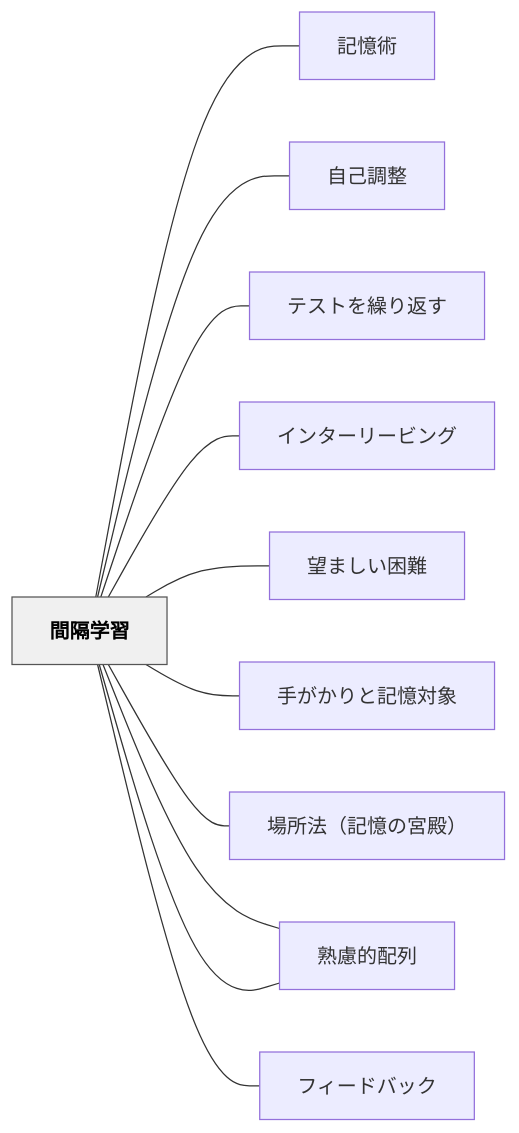
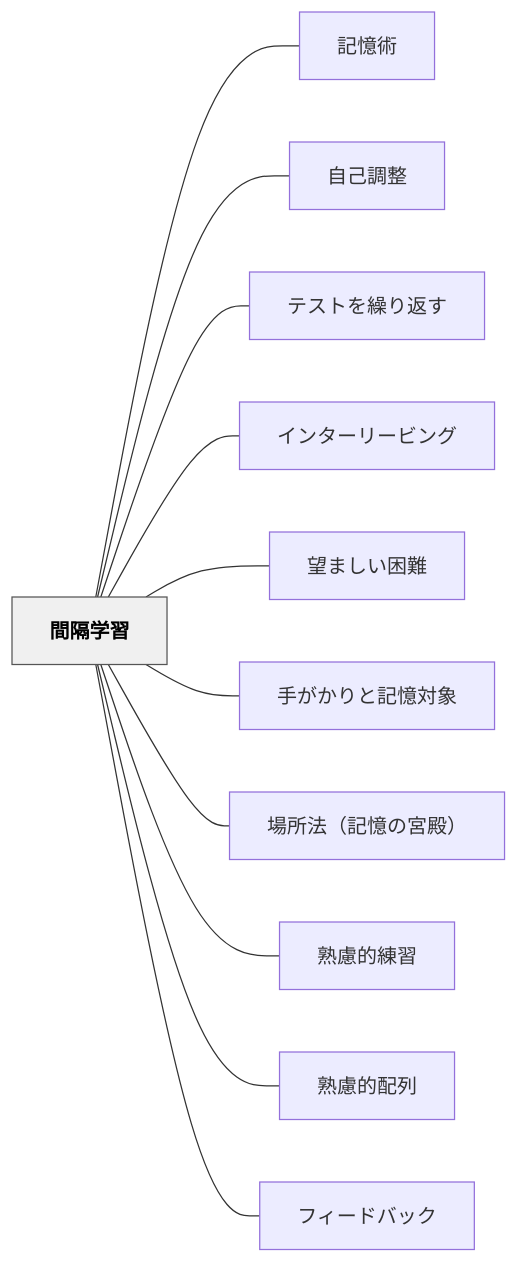
Before and after one commit to unknownthings-ed-patterns/unknownthings-ed-patterns: the diagram in content/パタン/間隔学習.md, drawn with Mermaid. The commit also changed 527 other files, not shown here.

````diff
--- a/content/パタン/間隔学習.md
+++ b/content/パタン/間隔学習.md
@@ -146,28 +146,28 @@
 ```mermaid
 flowchart LR
-    ne99693e99a94["間隔学習"]
-    ne8a898e686b6["記憶術"]
-    ne887aae5b7b1["自己調整"]
-    ne38386e382b9["テストを繰り返す"]
-    ne382a4e383b3["インターリービング"]
-    ne69c9be381be["望ましい困難"]
-    ne6898be3818c["手がかりと記憶対象"]
-    ne5a0b4e68980["場所法（記憶の宮殿）"]
-    ne7869fe685ae["熟慮的練習"]
-    ne7869fe685ae["熟慮的配列"]
-    ne38395e382a3["フィードバック"]
+    ne99693e99a94e5ada6e7bf92["間隔学習"]
+    ne8a898e686b6e8a193["記憶術"]
+    ne887aae5b7b1e8aabfe695b4["自己調整"]
+    ne38386e382b9e38388e38292e7b9b0e3828ae8bf94e38199["テストを繰り返す"]
+    ne382a4e383b3e382bfe383bce383aae383bce38393e383b3e382b0["インターリービング"]
+    ne69c9be381bee38197e38184e59bb0e99ba3["望ましい困難"]
+    ne6898be3818ce3818be3828ae381a8e8a898e686b6e5afbee8b1a1["手がかりと記憶対象"]
+    ne5a0b4e68980e6b395efbc88e8a898e686b6e381aee5aeaee6aebfefbc89["場所法（記憶の宮殿）"]
+    ne7869fe685aee79a84e7b7b4e7bf92["熟慮的練習"]
+    ne7869fe685aee79a84e9858de58897["熟慮的配列"]
+    ne38395e382a3e383bce38389e38390e38383e382af["フィードバック"]
 
-    ne99693e99a94 --- ne8a898e686b6
-    ne99693e99a94 --- ne887aae5b7b1
-    ne99693e99a94 --- ne38386e382b9
-    ne99693e99a94 --- ne382a4e383b3
-    ne99693e99a94 --- ne69c9be381be
-    ne99693e99a94 --- ne6898be3818c
-    ne99693e99a94 --- ne5a0b4e68980
-    ne99693e99a94 --- ne7869fe685ae
-    ne99693e99a94 --- ne7869fe685ae
-    ne99693e99a94 --- ne38395e382a3
+    ne99693e99a94e5ada6e7bf92 --- ne8a898e686b6e8a193
+    ne99693e99a94e5ada6e7bf92 --- ne887aae5b7b1e8aabfe695b4
+    ne99693e99a94e5ada6e7bf92 --- ne38386e382b9e38388e38292e7b9b0e3828ae8bf94e38199
+    ne99693e99a94e5ada6e7bf92 --- ne382a4e383b3e382bfe383bce383aae383bce38393e383b3e382b0
+    ne99693e99a94e5ada6e7bf92 --- ne69c9be381bee38197e38184e59bb0e99ba3
+    ne99693e99a94e5ada6e7bf92 --- ne6898be3818ce3818be3828ae381a8e8a898e686b6e5afbee8b1a1
+    ne99693e99a94e5ada6e7bf92 --- ne5a0b4e68980e6b395efbc88e8a898e686b6e381aee5aeaee6aebfefbc89
+    ne99693e99a94e5ada6e7bf92 --- ne7869fe685aee79a84e7b7b4e7bf92
+    ne99693e99a94e5ada6e7bf92 --- ne7869fe685aee79a84e9858de58897
+    ne99693e99a94e5ada6e7bf92 --- ne38395e382a3e383bce38389e38390e38383e382af
 
     classDef hub fill:#f0f0f0,stroke:#555,color:#000,font-weight:bold
-    class ne99693e99a94 hub
+    class ne99693e99a94e5ada6e7bf92 hub
 ```
````
